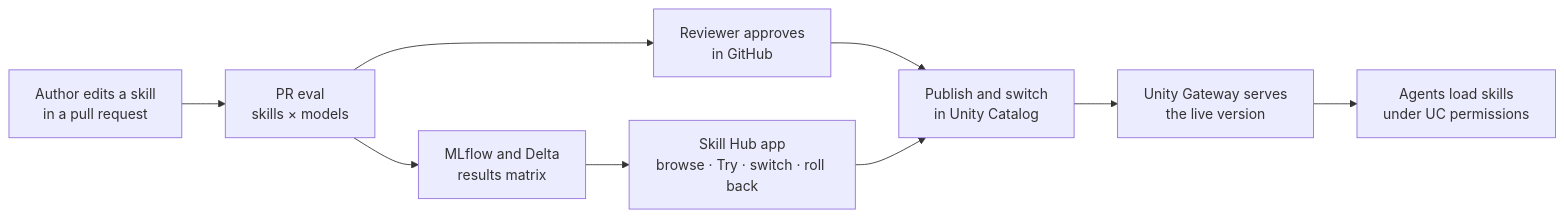
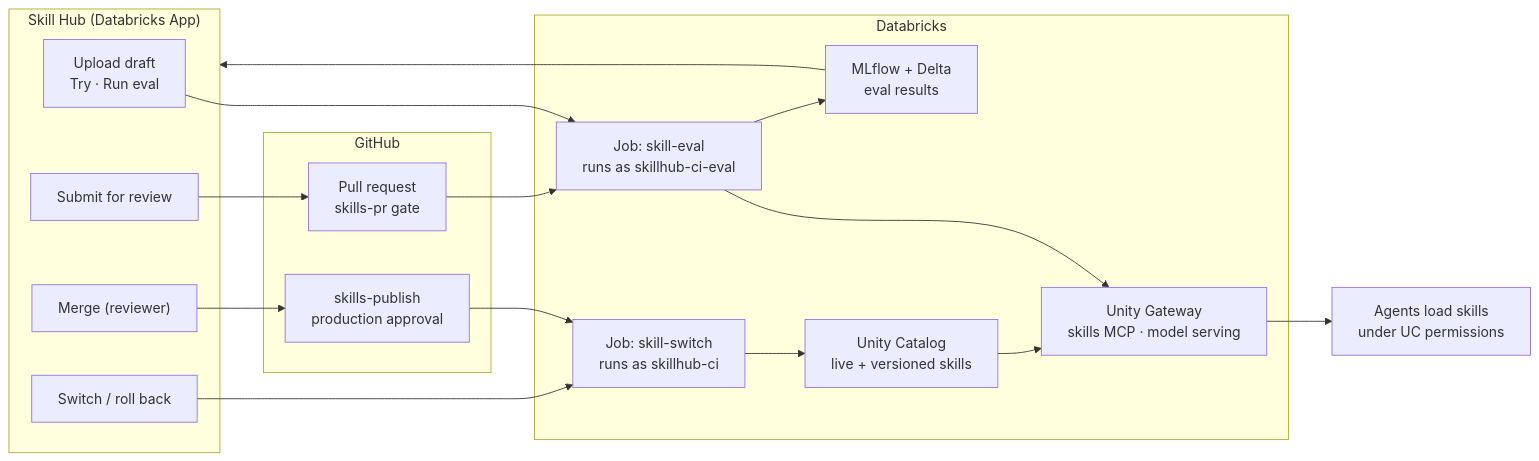
One commit to manganganath/agent-skill-eval-on-databricks changed the diagram in README.md. Above: the diagram before and after it, drawn with Mermaid. The commit also changed other lines of this file, not shown here.

````diff
--- a/README.md
+++ b/README.md
@@ -25,11 +45,32 @@
 ```mermaid
 flowchart LR
-  author["Author edits a skill<br/>in a pull request"] --> pr["PR eval<br/>skills × models"]
-  pr --> review["Reviewer approves<br/>in GitHub"]
-  review --> publish["Publish and switch<br/>in Unity Catalog"]
-  publish --> serve["Unity Gateway serves<br/>the live version"]
-  serve --> agents["Agents load skills<br/>under UC permissions"]
-  pr --> results["MLflow and Delta<br/>results matrix"]
-  results --> hub["Skill Hub app<br/>browse · Try · switch · roll back"]
-  hub --> publish
+  subgraph hub["Skill Hub (Databricks App)"]
+    draft["Upload draft<br/>Try · Run eval"]
+    submit["Submit for review"]
+    merge["Merge (reviewer)"]
+    switch["Switch / roll back"]
+  end
+  subgraph gh["GitHub"]
+    pr["Pull request<br/>skills-pr gate"]
+    publish["skills-publish<br/>production approval"]
+  end
+  subgraph dbx["Databricks"]
+    evaljob["Job: skill-eval<br/>runs as skillhub-ci-eval"]
+    switchjob["Job: skill-switch<br/>runs as skillhub-ci"]
+    uc["Unity Catalog<br/>live + versioned skills"]
+    results["MLflow + Delta<br/>eval results"]
+    ug["Unity Gateway<br/>skills MCP · model serving"]
+  end
+  draft --> evaljob
+  submit --> pr
+  pr --> evaljob
+  merge --> publish
+  publish --> switchjob
+  switch --> switchjob
+  switchjob --> uc
+  evaljob --> ug
+  evaljob --> results
+  uc --> ug
+  ug --> agents["Agents load skills<br/>under UC permissions"]
+  results --> hub
 ```
````
